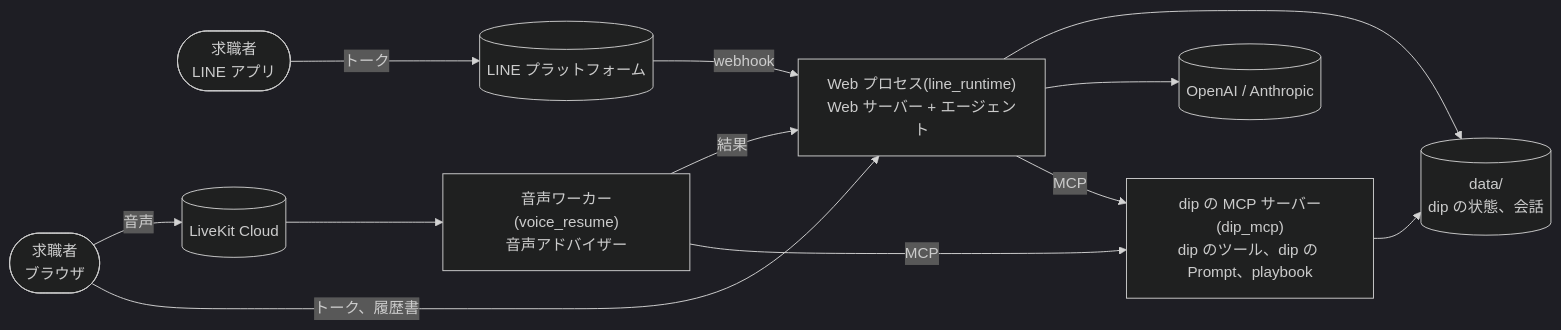
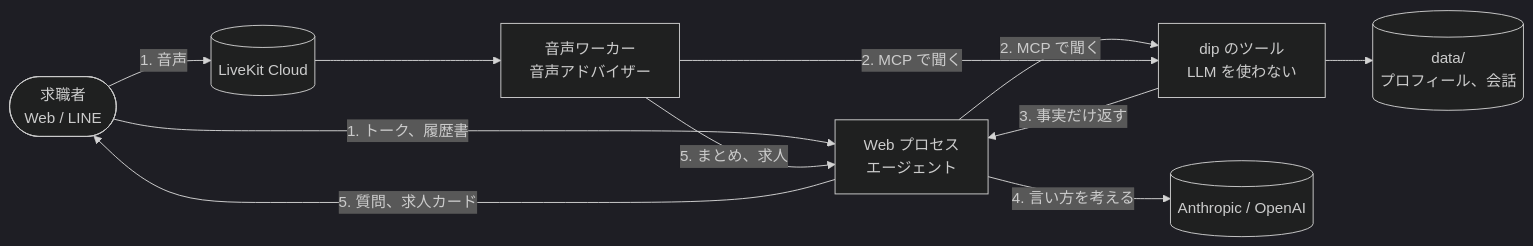
One commit to jyoka/aica changed the diagram in README.md. Above: the diagram before and after it, drawn with Mermaid (dark theme). The commit also changed other lines of this file and 8 other files, not shown here.

````diff
--- a/README.md
+++ b/README.md
@@ -16,22 +20,12 @@
 ```mermaid
 flowchart LR
-    seeker(["求職者<br/>ブラウザ"])
-    lineu(["求職者<br/>LINE アプリ"])
-    lineapi[("LINE プラットフォーム")]
-    web["Web プロセス(line_runtime)<br/>Web サーバー + エージェント"]
-    dip["dip の MCP サーバー(dip_mcp)<br/>dip のツール、dip の Prompt、playbook"]
-    lk[("LiveKit Cloud")]
-    worker["音声ワーカー(voice_resume)<br/>音声アドバイザー"]
-    data[("data/<br/>dip の状態、会話")]
-    llm[("OpenAI / Anthropic")]
-
-    seeker -- "トーク、履歴書" --> web
-    lineu -- "トーク" --> lineapi -- "webhook" --> web
-    web -- "MCP" --> dip
-    web --> llm
-    seeker -- "音声" --> lk --> worker
-    worker -- "MCP" --> dip
-    worker -- "結果" --> web
-    dip --> data
-    web --> data
+    you(["求職者<br/>Web / LINE"]) -- "1. トーク、履歴書" --> web["Web プロセス<br/>エージェント"]
+    you -- "1. 音声" --> lk[("LiveKit Cloud")] --> worker["音声ワーカー<br/>音声アドバイザー"]
+    web -- "2. MCP で聞く" --> dip["dip のツール<br/>LLM を使わない"]
+    worker -- "2. MCP で聞く" --> dip
+    dip -- "3. 事実だけ返す" --> web
+    web -- "4. 言い方を考える" --> llm[("Anthropic / OpenAI")]
+    web -- "5. 質問、求人カード" --> you
+    worker -- "5. まとめ、求人" --> web
+    dip --> data[("data/<br/>プロフィール、会話")]
 ```
````
